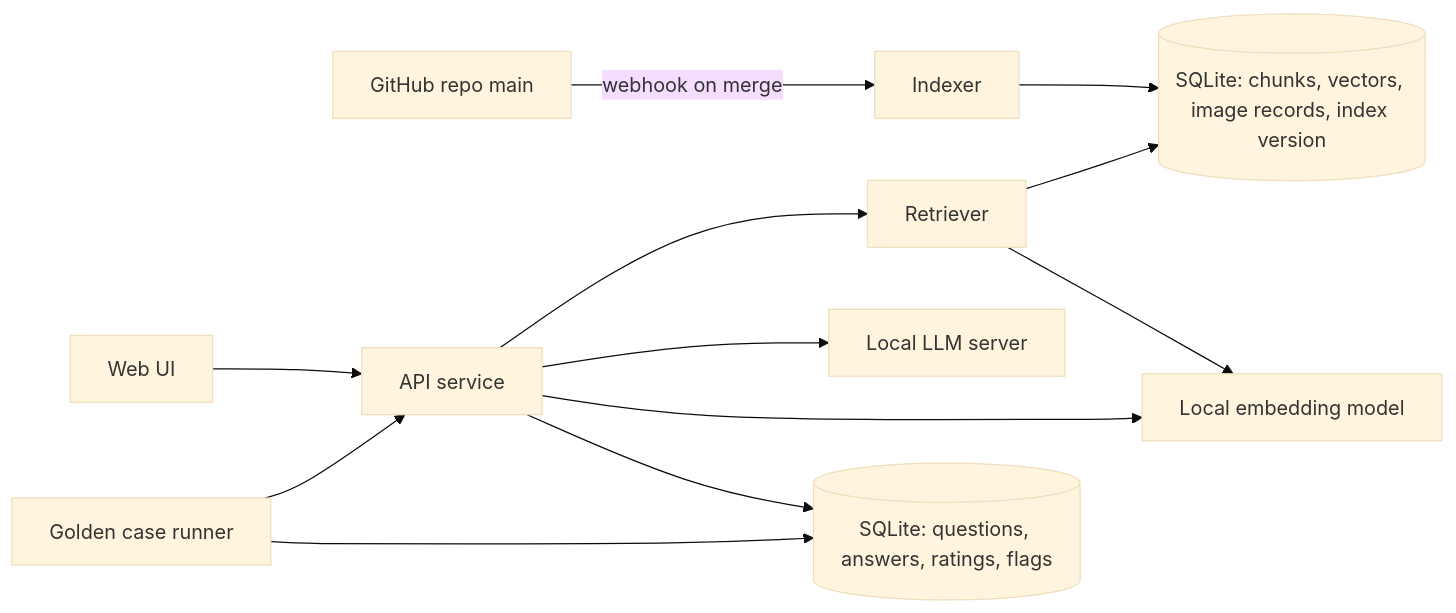
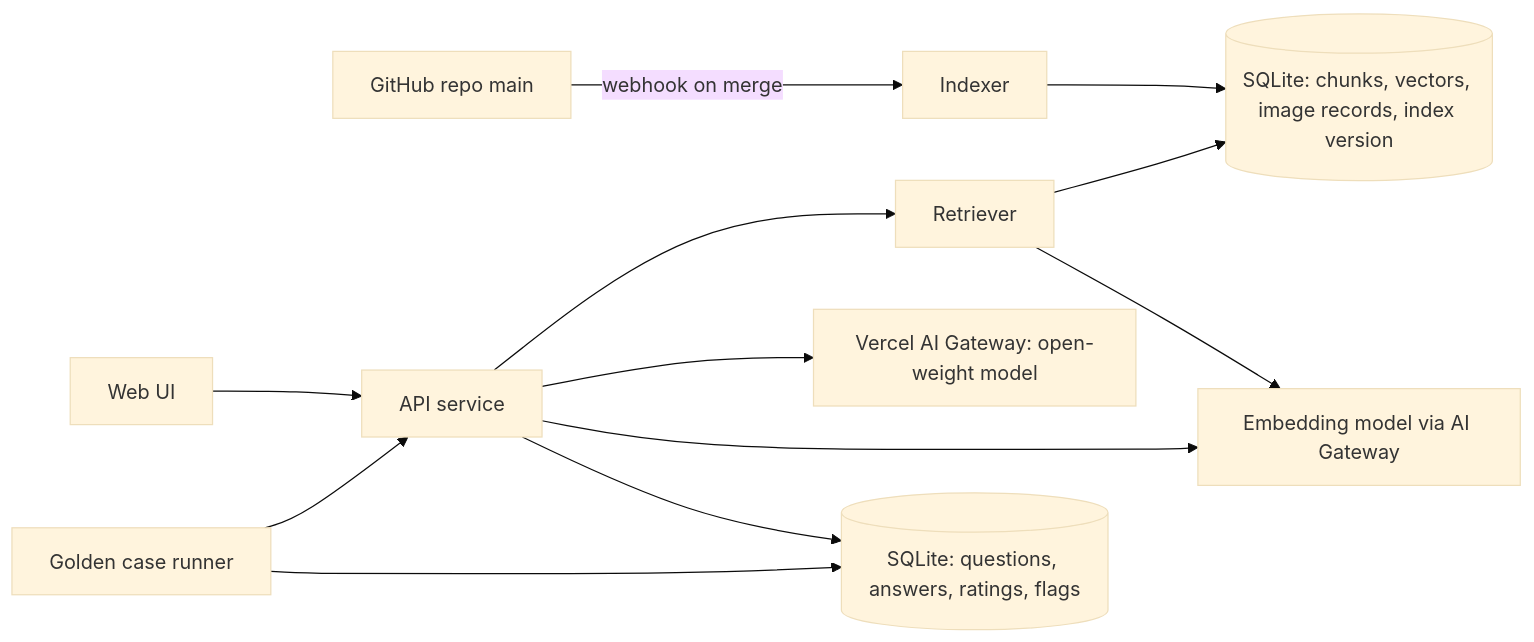
The diagram in docs/design-kb-test-site.md (e1-rahabok/agent-e2), drawn with Mermaid (base theme) before and after one commit. The commit also changed other lines of this file and 1 other file, not shown here.

First line of the commit message:
Design doc: Vercel AI Gateway and candidate open-weight models

````diff
--- a/docs/design-kb-test-site.md
+++ b/docs/design-kb-test-site.md
@@ -29,14 +29,14 @@
 ```mermaid
 flowchart LR
   GH[GitHub repo main] -->|webhook on merge| IDX[Indexer]
   IDX --> DB[(SQLite: chunks, vectors, image records, index version)]
   UI[Web UI] --> API[API service]
   API --> RET[Retriever]
   RET --> DB
-  API --> LLM[Local LLM server]
-  API --> EMB[Local embedding model]
+  API --> LLM[Vercel AI Gateway: open-weight model]
+  API --> EMB[Embedding model via AI Gateway]
   RET --> EMB
   API --> LOG[(SQLite: questions, answers, ratings, flags)]
   EVAL[Golden case runner] --> API
   EVAL --> LOG
 ```
````
